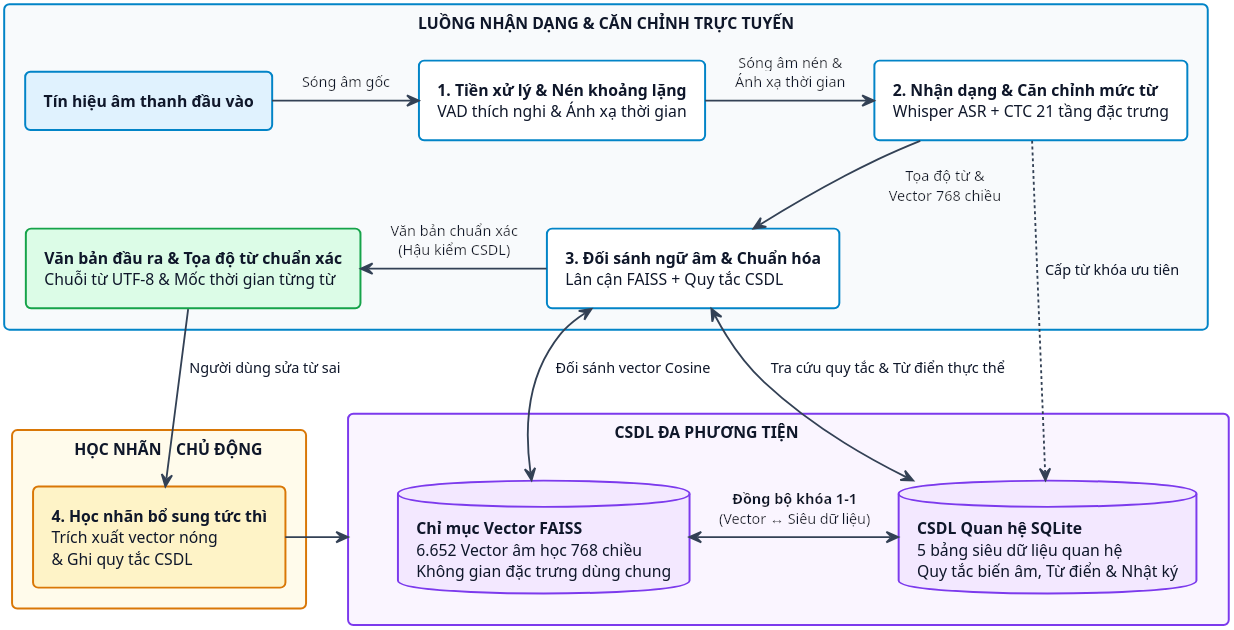
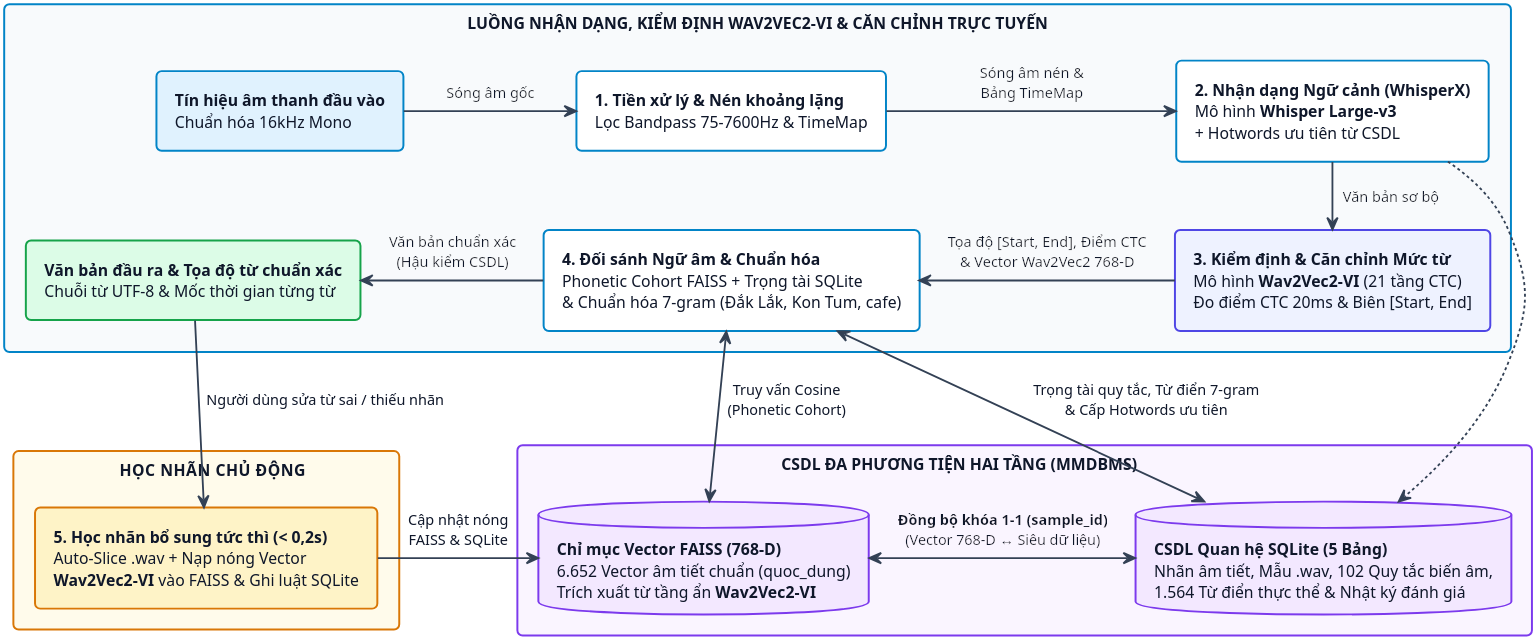
The diagram in kien_truc_he_thong.puml (ThanhdatOris/mmdbms-latex), drawn with PlantUML before and after one commit. The commit also changed 3 other files, not shown here.

```diff
--- a/kien_truc_he_thong.puml
+++ b/kien_truc_he_thong.puml
@@ -1,82 +1,84 @@
 @startuml "current"
 skinparam backgroundColor #FFFFFF
 skinparam shadowing false
 skinparam defaultFontName "Arial"
 skinparam defaultFontSize 12
 skinparam roundCorner 8
 skinparam dpi 300
-skinparam nodesep 30
+skinparam nodesep 28
 skinparam ranksep 28
 skinparam padding 4
-' skinparam linetype ortho
-' left to right direction
 
 skinparam package {
     BorderThickness 1.5
     FontColor #0F172A
     FontSize 12
     FontStyle bold
     Style rectangle
 }
 
 skinparam rectangle {
     BorderThickness 1.5
     FontColor #0F172A
 }
 
 skinparam database {
     BorderThickness 1.5
     FontColor #0F172A
 }
 
 skinparam arrow {
     Color #334155
     FontColor #0F172A
     FontSize 11
     Thickness 1.4
 }
 
-package "LUỒNG NHẬN DẠNG & CĂN CHỈNH TRỰC TUYẾN" as pkg_online #F8FAFC;line:0284C7 {
-    rectangle "<b>Tín hiệu âm thanh đầu vào" as in_audio #E0F2FE;line:0284C7
+package "LUỒNG NHẬN DẠNG, KIỂM ĐỊNH WAV2VEC2-VI & CĂN CHỈNH TRỰC TUYẾN" as pkg_online #F8FAFC;line:0284C7 {
+    rectangle "<b>Tín hiệu âm thanh đầu vào</b>\nChuẩn hóa 16kHz Mono" as in_audio #E0F2FE;line:0284C7
     
-    rectangle "<b>1. Tiền xử lý & Nén khoảng lặng</b>\nVAD thích nghi & Ánh xạ thời gian" as b1 #FFFFFF;line:0284C7
+    rectangle "<b>1. Tiền xử lý & Nén khoảng lặng</b>\nLọc Bandpass 75-7600Hz & TimeMap" as b1 #FFFFFF;line:0284C7
     
-    rectangle "<b>2. Nhận dạng & Căn chỉnh mức từ</b>\nWhisper ASR + CTC 21 tầng đặc trưng" as b2 #FFFFFF;line:0284C7
+    rectangle "<b>2. Nhận dạng Ngữ cảnh (WhisperX)</b>\nMô hình <b>Whisper Large-v3</b>\n+ Hotwords ưu tiên từ CSDL" as b2 #FFFFFF;line:0284C7
+
+    rectangle "<b>3. Kiểm định & Căn chỉnh Mức từ</b>\nMô hình <b>Wav2Vec2-VI</b> (21 tầng CTC)\nĐo điểm CTC 20ms & Biên [Start, End]" as b2b #EEF2FF;line:4F46E5
     
-    rectangle "<b>3. Đối sánh ngữ âm & Chuẩn hóa</b>\nLân cận FAISS + Quy tắc CSDL" as b3 #FFFFFF;line:0284C7
+    rectangle "<b>4. Đối sánh Ngữ âm & Chuẩn hóa</b>\nPhonetic Cohort FAISS + Trọng tài SQLite\n& Chuẩn hóa 7-gram (Đắk Lắk, Kon Tum, cafe)" as b3 #FFFFFF;line:0284C7
     
     rectangle "<b>Văn bản đầu ra & Tọa độ từ chuẩn xác</b>\nChuỗi từ UTF-8 & Mốc thời gian từng từ" as out_text #DCFCE7;line:16A34A
 }
 
-package "CSDL ĐA PHƯƠNG TIỆN                                        " as pkg_db #FAF5FF;line:7C3AED {
-    database "<b>Chỉ mục Vector FAISS</b>\n6.652 Vector âm học 768 chiều\nKhông gian đặc trưng dùng chung" as db_faiss #F3E8FF;line:7C3AED
+package "CSDL ĐA PHƯƠNG TIỆN HAI TẦNG (MMDBMS)                                " as pkg_db #FAF5FF;line:7C3AED {
+    database "<b>Chỉ mục Vector FAISS (768-D)</b>\n6.652 Vector âm tiết chuẩn (quoc_dung)\nTrích xuất từ tầng ẩn <b>Wav2Vec2-VI</b>" as db_faiss #F3E8FF;line:7C3AED
     
-    database "<b>CSDL Quan hệ SQLite</b>\n5 bảng siêu dữ liệu quan hệ\nQuy tắc biến âm, Từ điển & Nhật ký" as db_sql #F3E8FF;line:7C3AED
+    database "<b>CSDL Quan hệ SQLite (5 Bảng)</b>\nNhãn âm tiết, Mẫu .wav, 102 Quy tắc biến âm,\n1.564 Từ điển thực thể & Nhật ký đánh giá" as db_sql #F3E8FF;line:7C3AED
 }
 
-package "ㅤ HỌC NHÃNㅤCHỦ ĐỘNG" as pkg_feedback #FFFBEB;line:D97706 {
-    rectangle "<b>4. Học nhãn bổ sung tức thì\nTrích xuất vector nóng\n& Ghi quy tắc CSDL" as b4 #FEF3C7;line:D97706
+package "   HỌC NHÃN   CHỦ ĐỘNG" as pkg_feedback #FFFBEB;line:D97706 {
+    rectangle "<b>5. Học nhãn bổ sung tức thì (< 0,2s)</b>\nAuto-Slice .wav + Nạp nóng Vector\n<b>Wav2Vec2-VI</b> vào FAISS & Ghi luật SQLite" as b4 #FEF3C7;line:D97706
 }
 
-' Hàng 1 luồng online: Trái sang Phải
+' Hàng 1 luồng online: Trái sang Phải (in_audio -> b1 -> b2)
 in_audio -right-> b1 : "<back:#F8FAFC> Sóng âm gốc </back>" 
-b1 -right-> b2 : "<back:#F8FAFC> Sóng âm nén & </back>\n<back:#F8FAFC> Ánh xạ thời gian </back>"
+b1 -right-> b2 : "<back:#F8FAFC> Sóng âm nén & </back>\n<back:#F8FAFC> Bảng TimeMap </back>"
 
-' Chuyển xuống Hàng 2: Phải sang Trái (Chu trình xử lý)
+' Chuyển xuống Hàng 2: Phải sang Trái (b2 -> b2b -> b3 -> out_text)
+in_audio -[hidden]down-> out_text
 b1 -[hidden]down-> b3
-b2 --> b3 : "<back:#F8FAFC> Tọa độ từ & </back>\n<back:#F8FAFC> Vector 768 chiều </back>"
+b2 -down-> b2b : "<back:#F8FAFC> Văn bản sơ bộ </back>"
+b2b -left-> b3 : "<back:#F8FAFC> Tọa độ [Start, End], Điểm CTC </back>\n<back:#F8FAFC> & Vector Wav2Vec2 768-D </back>"
 b3 -left-> out_text : "<back:#F8FAFC> Văn bản chuẩn xác </back>\n<back:#F8FAFC> (Hậu kiểm CSDL) </back>"
 
 ' Liên kết giữa Luồng Online và CSDL MMDBMS
-b2 ..> db_sql : "Cấp từ khóa ưu tiên"
-b3 <--> db_faiss : "Đối sánh vector Cosine"
-b3 <--> db_sql : "Tra cứu quy tắc & Từ điển thực thể"
+b2 ..> db_sql
+b3 <--> db_faiss : "Truy vấn Cosine\n(Phonetic Cohort)"
+b3 <--> db_sql : "Trọng tài quy tắc, Từ điển 7-gram\n& Cấp Hotwords ưu tiên"
 
 ' Đồng bộ nội bộ MMDBMS
-db_faiss <-right-> db_sql : "<back:#FAF5FF> <b>Đồng bộ khóa 1–1</b> </back>\n<back:#FAF5FF> (Vector ↔ Siêu dữ liệu) </back>"
+db_faiss <-right-> db_sql : "<back:#FAF5FF> <b>Đồng bộ khóa 1–1 (sample_id)</b> </back>\n<back:#FAF5FF> (Vector 768-D ↔ Siêu dữ liệu) </back>"
 
 ' Vòng lặp phản hồi học nhãn chủ động (Active Learning Loop)
-out_text -right-> b4 : "Người dùng sửa từ sai"
-b4 -left-> pkg_db
+out_text -down-> b4 : "Người dùng sửa từ sai / thiếu nhãn"
+b4 -right-> db_faiss : "Cập nhật nóng\nFAISS & SQLite"
 
 @enduml
```
